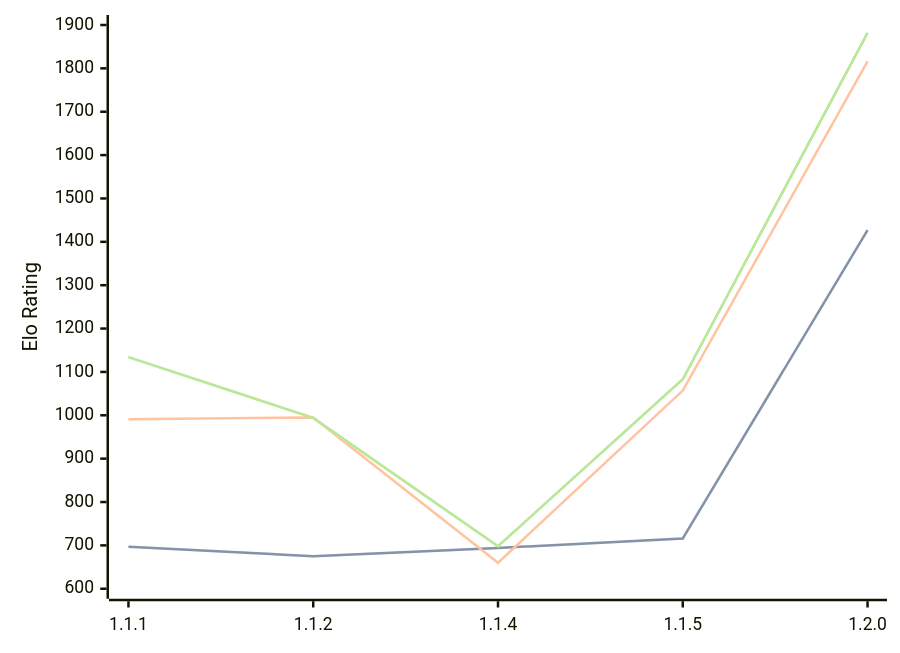
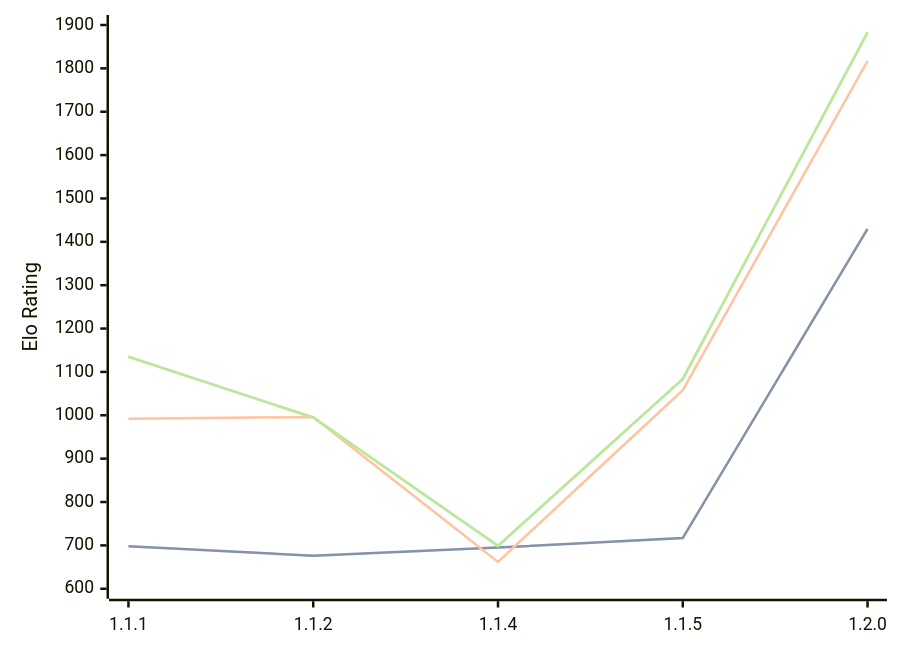
The diagram in engines/ChessCore.md (computer-chess-index/cci), drawn with Mermaid before and after one commit. The commit also changed other lines of this file, not shown here.

Commit message:
Update CCI Ratings (ELO VLTC) - 2026-10-09

````diff
--- a/engines/ChessCore.md
+++ b/engines/ChessCore.md
@@ -36,11 +36,11 @@
 ```mermaid
 %%{init: {"theme":"base","themeVariables":{"seriesColors:['#a3a3a3','#222221','#faa371']}}}%%
 xychart-beta
   x-axis ["1.1.1", "1.1.2", "1.1.4", "1.1.5", "1.2.0"]
   y-axis "Elo Rating" 600 --> 1900
-  line "" [697, 675, 694, 716, 1427]
-  line "STC (8.0+0.08s)" [697, 675, 694, 716, 1427]
-  line "LTC (60.0+0.60s)" [991, 995, 660, 1057, 1816]
-  line "" [1134, 994, 698, 1083, 1882]
-  line "VLTC (2m24s+1.12s)" [1134, 994, 698, 1083, 1882]
+  line "" [698, 676, 695, 717, 1430]
+  line "STC (8.0+0.08s)" [698, 676, 695, 717, 1430]
+  line "LTC (60.0+0.60s)" [992, 996, 662, 1058, 1817]
+  line "" [1135, 995, 699, 1084, 1883]
+  line "VLTC (2m24s+1.12s)" [1135, 995, 699, 1084, 1883]
 ```
````
